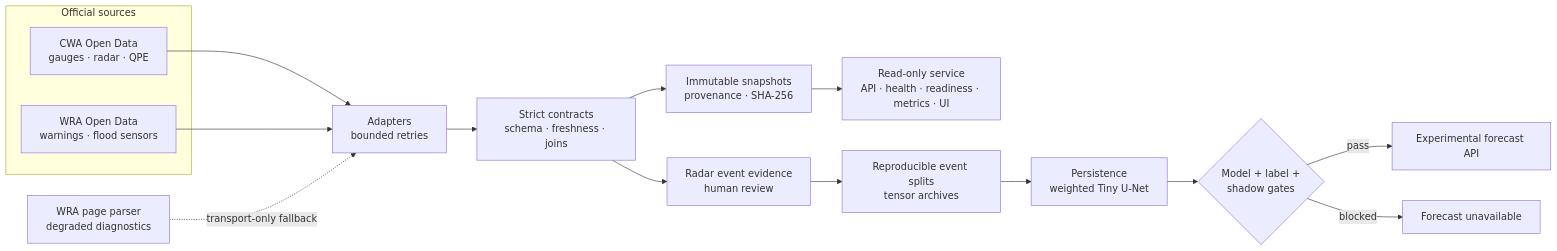
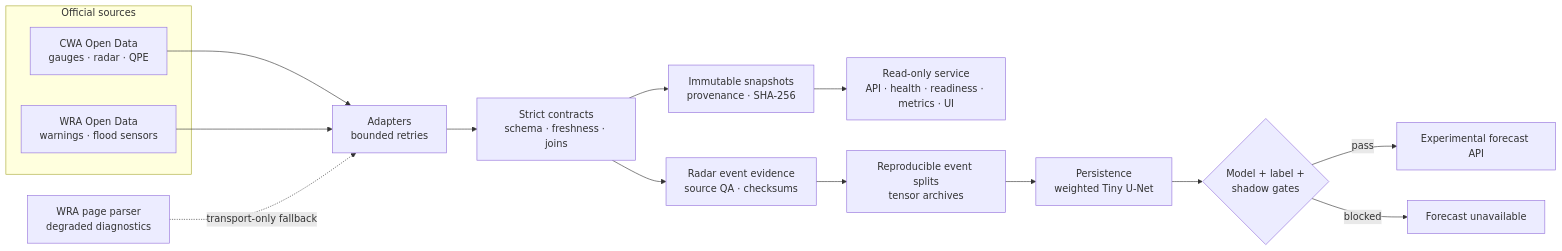
The diagram in README.md (KageRyo/MinxiongHydroCast), drawn with Mermaid before and after one commit. The commit also changed other lines of this file and 6 other files, not shown here.

Commit message:
release: finalize v0.1.7 documentation and label-free feature roadmap (#57)

````diff
--- a/README.md
+++ b/README.md
@@ -47,20 +48,20 @@
 ```mermaid
 flowchart LR
     subgraph Official["Official sources"]
         CWA["CWA Open Data<br/>gauges · radar · QPE"]
         WRA["WRA Open Data<br/>warnings · flood sensors"]
     end
 
     CWA --> INGEST["Adapters<br/>bounded retries"]
     WRA --> INGEST
     FALLBACK["WRA page parser<br/>degraded diagnostics"] -. transport-only fallback .-> INGEST
     INGEST --> CONTRACTS["Strict contracts<br/>schema · freshness · joins"]
     CONTRACTS --> SNAPSHOTS["Immutable snapshots<br/>provenance · SHA-256"]
     SNAPSHOTS --> SERVICE["Read-only service<br/>API · health · readiness · metrics · UI"]
-    CONTRACTS --> EVIDENCE["Radar event evidence<br/>human review"]
+    CONTRACTS --> EVIDENCE["Radar event evidence<br/>source QA · checksums"]
     EVIDENCE --> DATASET["Reproducible event splits<br/>tensor archives"]
     DATASET --> MODELS["Persistence<br/>weighted Tiny U-Net"]
     MODELS --> GATES{"Model + label +<br/>shadow gates"}
     GATES -- pass --> FORECAST["Experimental forecast API"]
     GATES -- blocked --> CLOSED["Forecast unavailable"]
 ```
````
